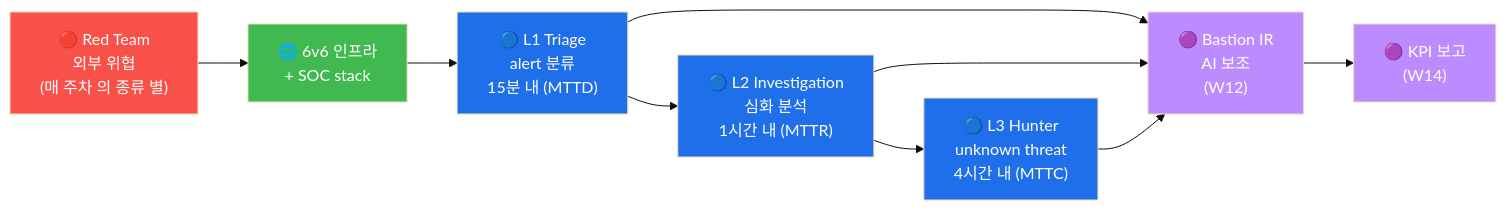
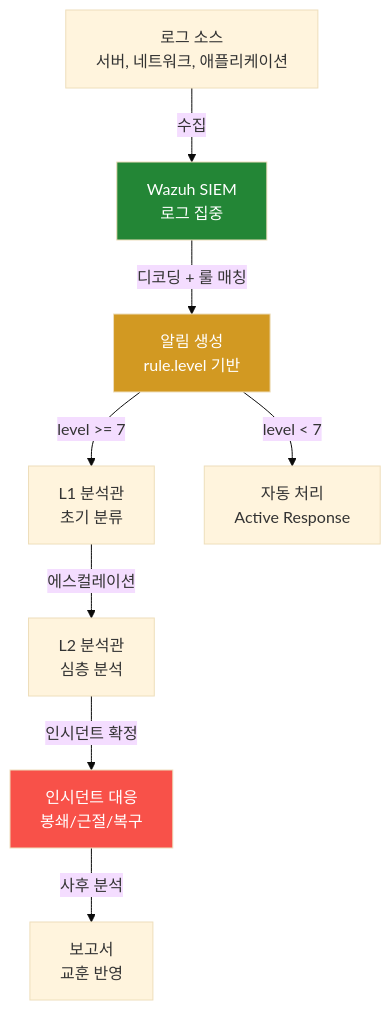
One commit to mrgrit/ccc changed the diagram in contents/standalone/lecture/soc/week01.md. Above: the diagram before and after it, drawn with Mermaid (base theme). The commit also changed other lines of this file and 29 other files, not shown here.

````diff
--- a/contents/standalone/lecture/soc/week01.md
+++ b/contents/standalone/lecture/soc/week01.md
@@ -34,25 +80,13 @@
 ```mermaid
-graph LR
-    R["🔴 Red Team<br/>외부 위협<br/>(매 주차 의 종류 별)"]
-    INFRA["🌐 6v6 인프라<br/>+ SOC stack"]
-    L1["🔵 L1 Triage<br/>alert 분류<br/>15분 내 (MTTD)"]
-    L2["🔵 L2 Investigation<br/>심화 분석<br/>1시간 내 (MTTR)"]
-    L3["🔵 L3 Hunter<br/>unknown threat<br/>4시간 내 (MTTC)"]
-    P1["🟣 Bastion IR<br/>AI 보조<br/>(W12)"]
-    P2["🟣 KPI 보고<br/>(W14)"]
-    R --> INFRA
-    INFRA --> L1
-    L1 --> L2
-    L2 --> L3
-    L1 --> P1
-    L2 --> P1
-    L3 --> P1
-    P1 --> P2
-    style R fill:#f85149,color:#fff
-    style INFRA fill:#3fb950,color:#fff
-    style L1 fill:#1f6feb,color:#fff
-    style L2 fill:#1f6feb,color:#fff
-    style L3 fill:#1f6feb,color:#fff
-    style P1 fill:#bc8cff,color:#fff
-    style P2 fill:#bc8cff,color:#fff
+graph TD
+    LOG[로그 소스<br/>서버, 네트워크, 애플리케이션] -->|수집| SIEM[Wazuh SIEM<br/>로그 집중]
+    SIEM -->|디코딩 + 룰 매칭| ALERT[알림 생성<br/>rule.level 기반]
+    ALERT -->|level >= 7| L1[L1 분석관<br/>초기 분류]
+    L1 -->|에스컬레이션| L2[L2 분석관<br/>심층 분석]
+    L2 -->|인시던트 확정| IR[인시던트 대응<br/>봉쇄/근절/복구]
+    IR -->|사후 분석| DOC[보고서<br/>교훈 반영]
+    ALERT -->|level < 7| AUTO[자동 처리<br/>Active Response]
+    style SIEM fill:#238636,color:#fff
+    style ALERT fill:#d29922,color:#fff
+    style IR fill:#f85149,color:#fff
 ```
````
